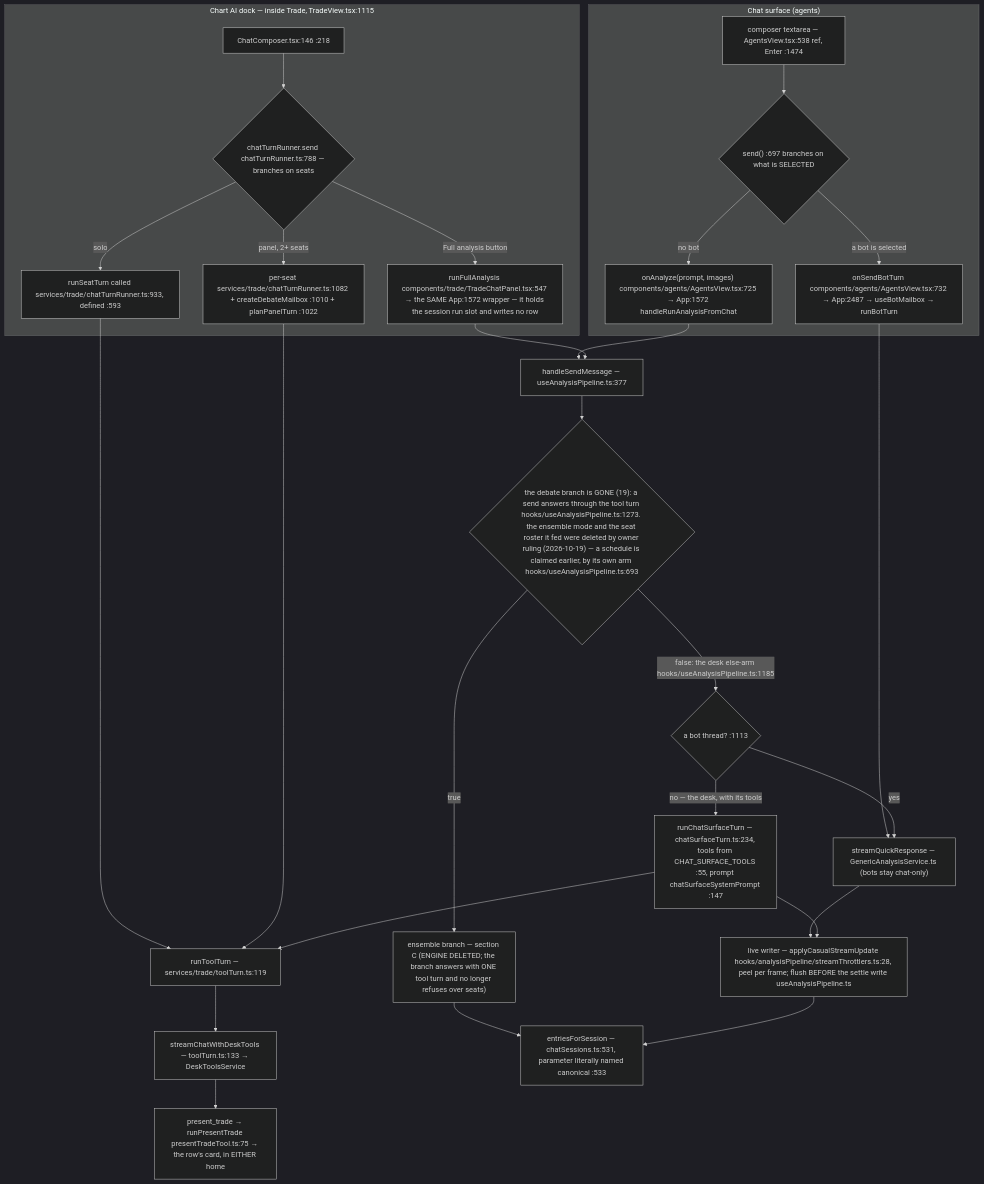
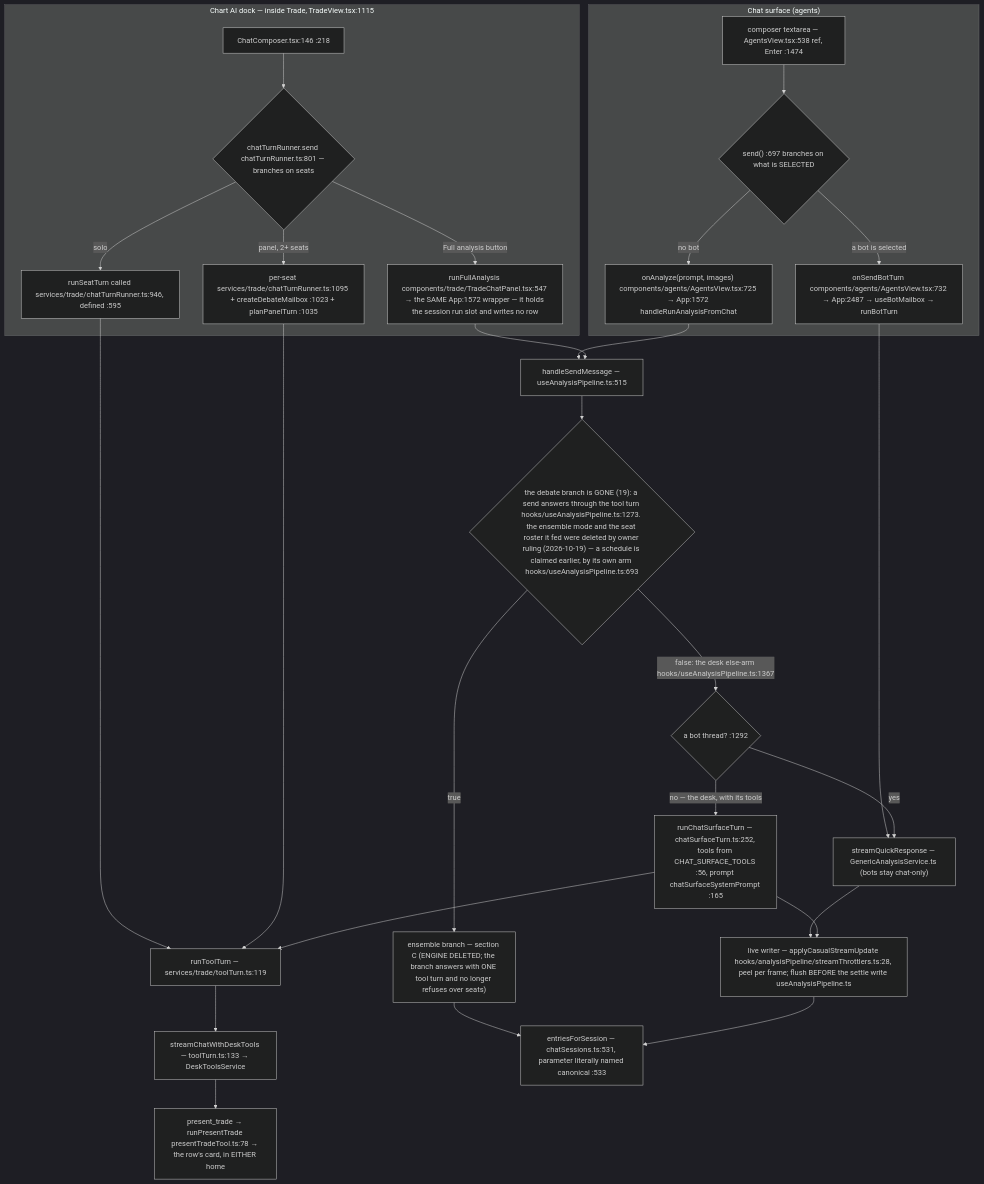
Before and after one commit to Acepay25/august-3.5: the second of 7 diagrams in docs/app-flow.md, drawn with Mermaid (dark theme). The commit also changed other lines of this file and 183 other files, not shown here.

````diff
--- a/docs/app-flow.md
+++ b/docs/app-flow.md
@@ -61,31 +61,31 @@
 ```mermaid
 flowchart TD
     subgraph CHAT["Chat surface (agents)"]
         CB["composer textarea — AgentsView.tsx:538 ref, Enter :1474"] --> D1{"send() :697 branches on what is SELECTED"}
         D1 -->|a bot is selected| BOT["onSendBotTurn components/agents/AgentsView.tsx:732 → App:2487 → useBotMailbox → runBotTurn"]
         D1 -->|no bot| AN["onAnalyze(prompt, images) components/agents/AgentsView.tsx:725 → App:1572 handleRunAnalysisFromChat"]
     end
     subgraph DOCK["Chart AI dock — inside Trade, TradeView.tsx:1115"]
-        DC["ChatComposer.tsx:146 :218"] --> D2{"chatTurnRunner.send chatTurnRunner.ts:788 — branches on seats"}
-        D2 -->|solo| SO["runSeatTurn called services/trade/chatTurnRunner.ts:933, defined :593"]
-        D2 -->|panel, 2+ seats| PN["per-seat services/trade/chatTurnRunner.ts:1082 + createDebateMailbox :1010 + planPanelTurn :1022"]
+        DC["ChatComposer.tsx:146 :218"] --> D2{"chatTurnRunner.send chatTurnRunner.ts:801 — branches on seats"}
+        D2 -->|solo| SO["runSeatTurn called services/trade/chatTurnRunner.ts:946, defined :595"]
+        D2 -->|panel, 2+ seats| PN["per-seat services/trade/chatTurnRunner.ts:1095 + createDebateMailbox :1023 + planPanelTurn :1035"]
         D2 -->|Full analysis button| FA["runFullAnalysis components/trade/TradeChatPanel.tsx:547 → the SAME App:1572 wrapper — it holds the session run slot and writes no row"]
     end
     SO --> TT["runToolTurn — services/trade/toolTurn.ts:119"]
     PN --> TT
     TT --> SCDT["streamChatWithDeskTools — toolTurn.ts:133 → DeskToolsService"]
     BOT --> TR["streamQuickResponse — GenericAnalysisService.ts (bots stay chat-only)"]
-    AN --> HSM["handleSendMessage — useAnalysisPipeline.ts:377"]
+    AN --> HSM["handleSendMessage — useAnalysisPipeline.ts:515"]
     FA --> HSM
     HSM --> D3{"the debate branch is GONE (19): a send answers through the tool turn hooks/useAnalysisPipeline.ts:1273. the ensemble mode and the seat roster it fed were deleted by owner ruling (2026-10-19) — a schedule is claimed earlier, by its own arm hooks/useAnalysisPipeline.ts:693"}
     D3 -->|true| ENS["ensemble branch — section C (ENGINE DELETED; the branch answers with ONE tool turn and no longer refuses over seats)"]
-    D3 -->|false: the desk else-arm hooks/useAnalysisPipeline.ts:1185| SPLIT{"a bot thread? :1113"}
+    D3 -->|false: the desk else-arm hooks/useAnalysisPipeline.ts:1367| SPLIT{"a bot thread? :1292"}
     SPLIT -->|yes| TR
-    SPLIT -->|no — the desk, with its tools| CST["runChatSurfaceTurn — chatSurfaceTurn.ts:234, tools from CHAT_SURFACE_TOOLS :55, prompt chatSurfaceSystemPrompt :147"]
+    SPLIT -->|no — the desk, with its tools| CST["runChatSurfaceTurn — chatSurfaceTurn.ts:252, tools from CHAT_SURFACE_TOOLS :56, prompt chatSurfaceSystemPrompt :165"]
     CST --> TT
     TR --> LW["live writer — applyCasualStreamUpdate hooks/analysisPipeline/streamThrottlers.ts:28, peel per frame; flush BEFORE the settle write useAnalysisPipeline.ts"]
     CST --> LW
     ENS --> MERGE
     LW --> MERGE["entriesForSession — chatSessions.ts:531, parameter literally named canonical :533"]
-    SCDT --> PT["present_trade → runPresentTrade presentTradeTool.ts:75 → the row's card, in EITHER home"]
+    SCDT --> PT["present_trade → runPresentTrade presentTradeTool.ts:78 → the row's card, in EITHER home"]
 ```
````
